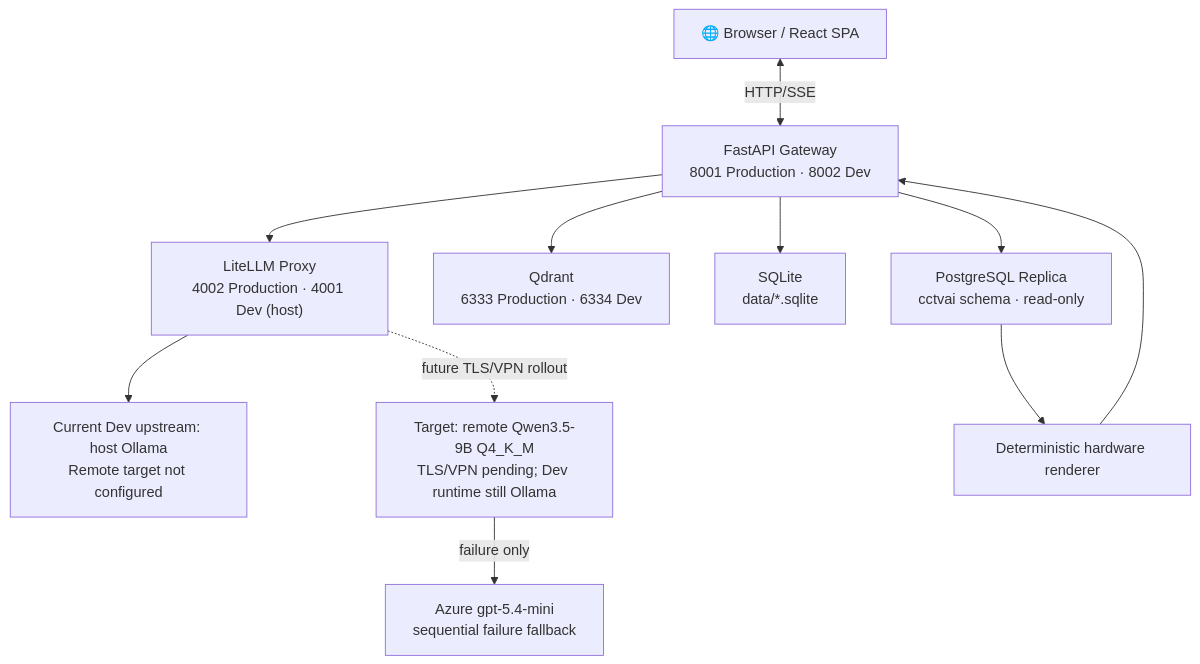
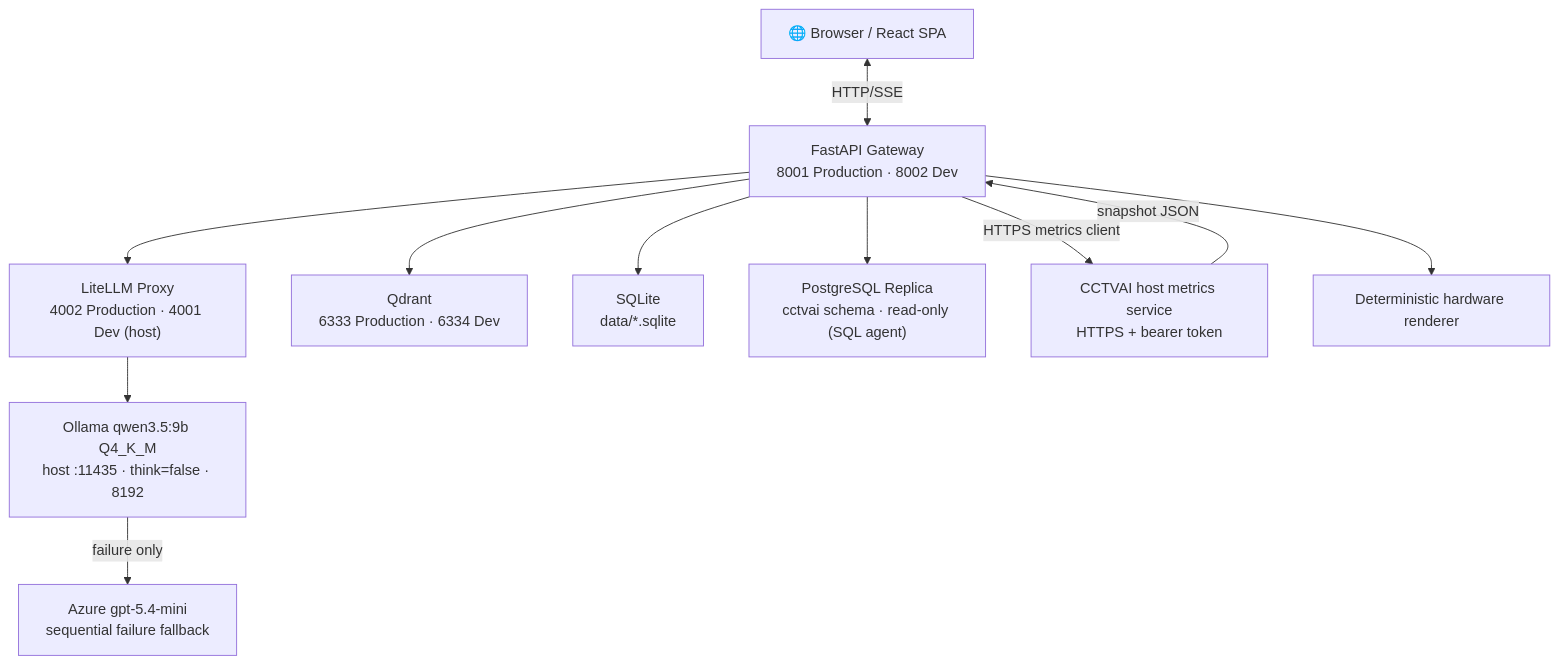
Before and after one commit to JKLover0909/VLLM-PD: the first of 9 diagrams in Markdowns/ARCHITECTURE.md, drawn with Mermaid. The commit also changed other lines of this file and 7 other files, not shown here.

Commit message:
docs: describe single local Ollama model routing; drop remote/TLS target

````diff
--- a/Markdowns/ARCHITECTURE.md
+++ b/Markdowns/ARCHITECTURE.md
@@ -24,24 +23,24 @@
 ```mermaid
 graph TB
     Browser["🌐 Browser / React SPA"]
     GW["FastAPI Gateway\n8001 Production · 8002 Dev"]
     LLM["LiteLLM Proxy\n4002 Production · 4001 Dev (host)"]
-    Ollama["Current Dev upstream: host Ollama\nRemote target not configured"]
     Qdrant["Qdrant\n6333 Production · 6334 Dev"]
     SQLite["SQLite\ndata/*.sqlite"]
-    PG["PostgreSQL Replica\ncctvai schema · read-only"]
-    Qwen["Target: remote Qwen3.5-9B Q4_K_M\nTLS/VPN pending; Dev runtime still Ollama"]
+    PG["PostgreSQL Replica\ncctvai schema · read-only (SQL agent)"]
+    HM["CCTVAI host metrics service\nHTTPS + bearer token"]
+    Qwen["Ollama qwen3.5:9b Q4_K_M\nhost :11435 · think=false · 8192"]
     Cloud["Azure gpt-5.4-mini\nsequential failure fallback"]
     Hardware["Deterministic hardware renderer"]
 
     Browser <-->|"HTTP/SSE"| GW
     GW --> LLM
     GW --> Qdrant
     GW --> SQLite
     GW --> PG
-    LLM --> Ollama
-    LLM -. future TLS/VPN rollout .-> Qwen
+    LLM --> Qwen
     Qwen -->|failure only| Cloud
-    PG --> Hardware
-    Hardware --> GW
+    GW -->|"HTTPS metrics client"| HM
+    HM -->|"snapshot JSON"| GW
+    GW --> Hardware
 ```
````
